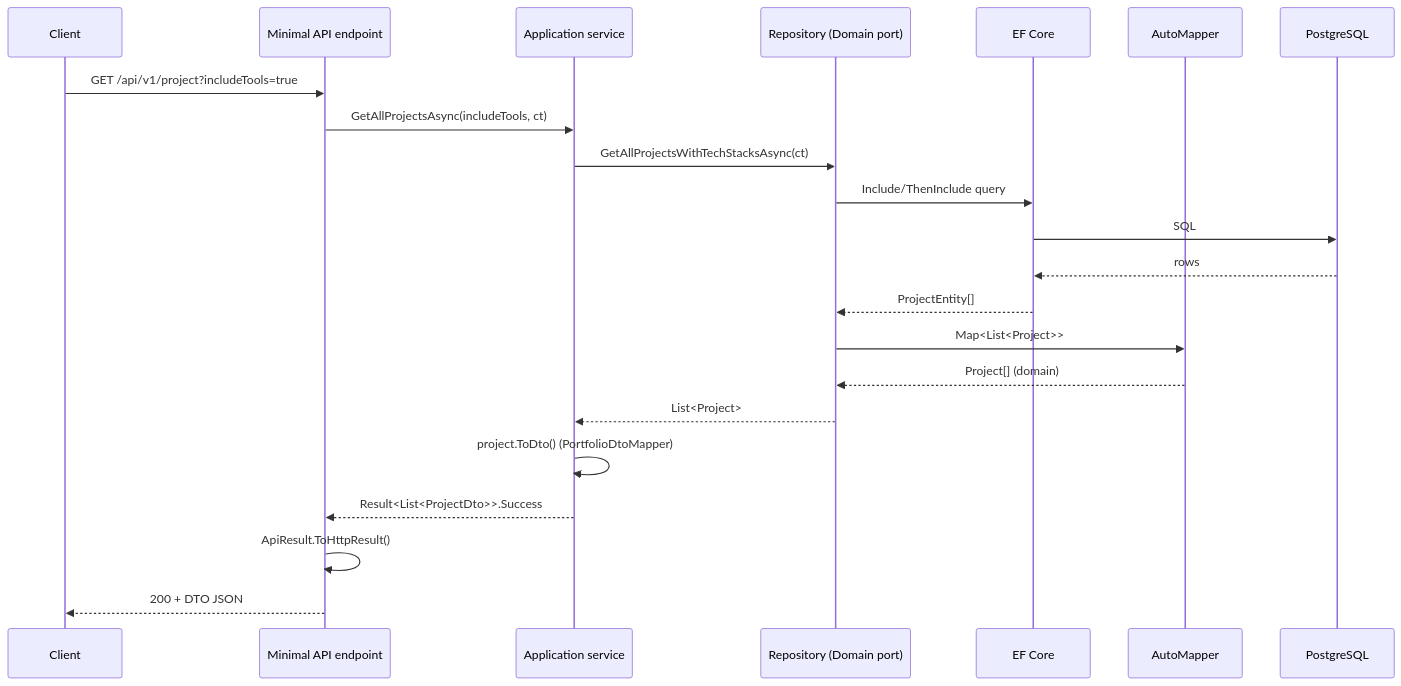
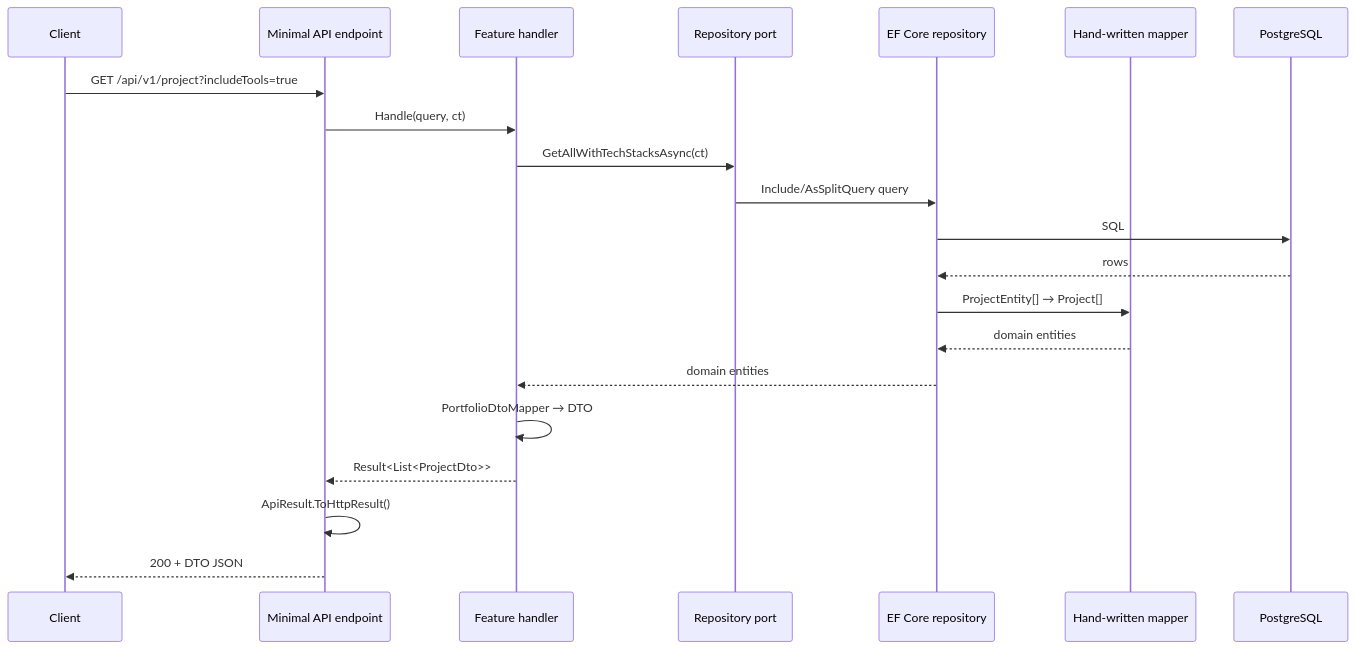
The second of 2 diagrams in docs/architecture.md (jobearry/jg-core-backend), drawn with Mermaid before and after one commit. The commit also changed other lines of this file and 25 other files, not shown here.

````diff
--- a/docs/architecture.md
+++ b/docs/architecture.md
@@ -101,25 +86,24 @@
 ```mermaid
 sequenceDiagram
     participant C as Client
     participant EP as Minimal API endpoint
-    participant S as Application service
-    participant R as Repository (Domain port)
-    participant EF as EF Core
-    participant M as AutoMapper
+    participant H as Feature handler
+    participant R as Repository port
+    participant EF as EF Core repository
+    participant M as Hand-written mapper
     participant DB as PostgreSQL
 
     C->>EP: GET /api/v1/project?includeTools=true
-    EP->>S: GetAllProjectsAsync(includeTools, ct)
-    S->>R: GetAllProjectsWithTechStacksAsync(ct)
-    R->>EF: Include/ThenInclude query
+    EP->>H: Handle(query, ct)
+    H->>R: GetAllWithTechStacksAsync(ct)
+    R->>EF: Include/AsSplitQuery query
     EF->>DB: SQL
     DB-->>EF: rows
-    EF-->>R: ProjectEntity[]
-    R->>M: Map<List<Project>>
-    M-->>R: Project[] (domain)
-    R-->>S: List<Project>
-    S->>S: project.ToDto()  (PortfolioDtoMapper)
-    S-->>EP: Result<List<ProjectDto>>.Success
+    EF->>M: ProjectEntity[] → Project[]
+    M-->>EF: domain entities
+    EF-->>H: domain entities
+    H->>H: PortfolioDtoMapper → DTO
+    H-->>EP: Result<List<ProjectDto>>
     EP->>EP: ApiResult.ToHttpResult()
     EP-->>C: 200 + DTO JSON
 ```
````
